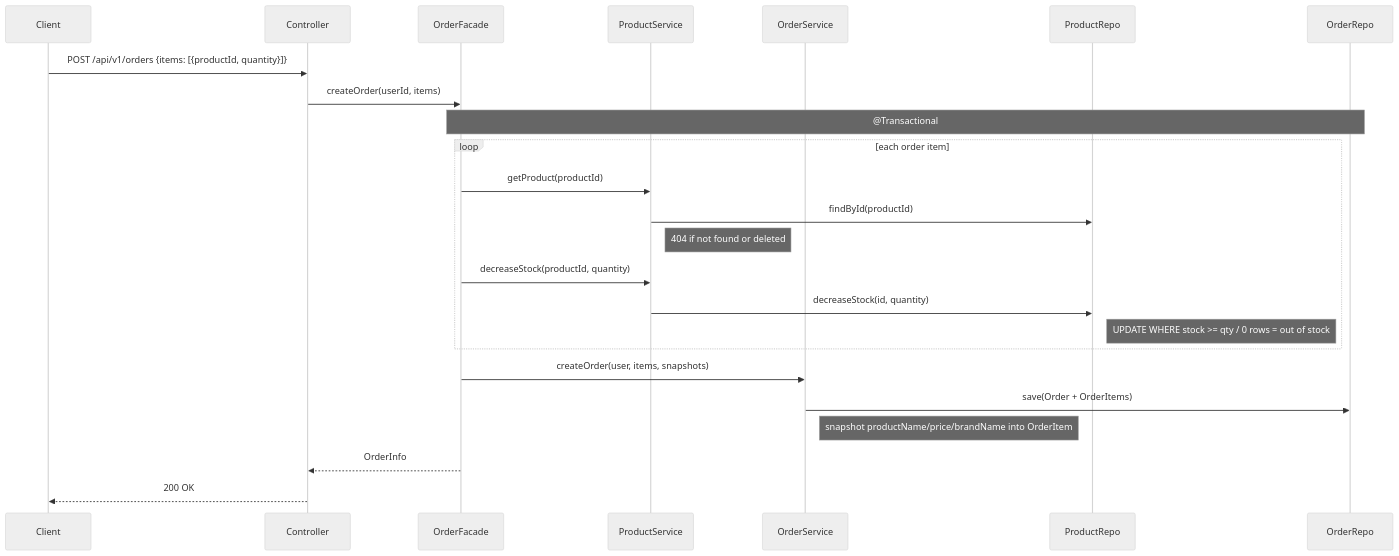
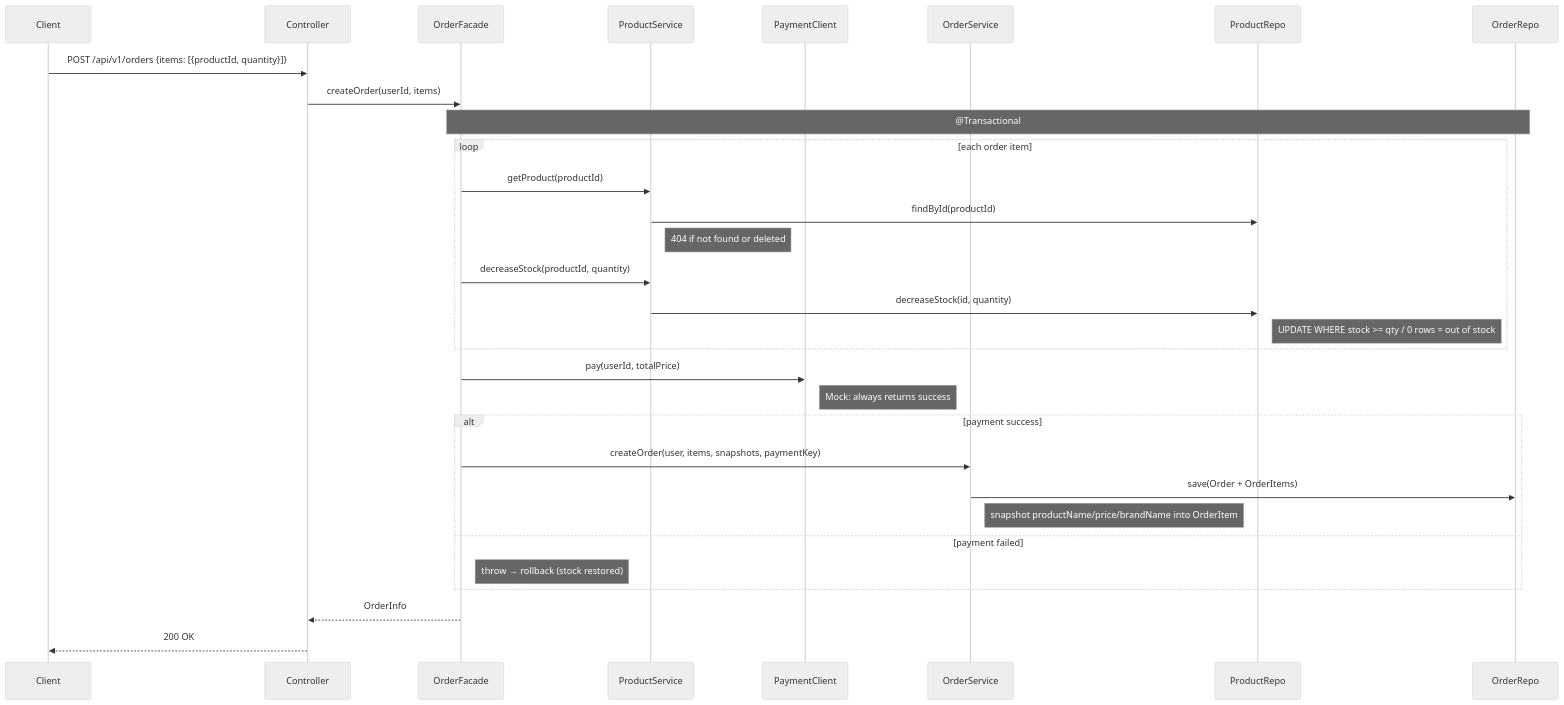
The third of 3 diagrams in docs/design/02-sequence-diagrams.md (da4isy/loop-pack-be-l2-vol4-kotlin), drawn with Mermaid (neutral theme) before and after one commit. The commit also changed other lines of this file and 3 other files, not shown here.

````diff
--- a/docs/design/02-sequence-diagrams.md
+++ b/docs/design/02-sequence-diagrams.md
@@ -97,32 +97,40 @@
 ```mermaid
 sequenceDiagram
     participant Client
     participant Controller
     participant OrderFacade
     participant ProductService
+    participant PaymentClient
     participant OrderService
     participant ProductRepo
     participant OrderRepo
 
     Client->>Controller: POST /api/v1/orders {items: [{productId, quantity}]}
     Controller->>OrderFacade: createOrder(userId, items)
 
     Note over OrderFacade,OrderRepo: @Transactional
 
     loop each order item
         OrderFacade->>ProductService: getProduct(productId)
         ProductService->>ProductRepo: findById(productId)
         Note right of ProductService: 404 if not found or deleted
 
         OrderFacade->>ProductService: decreaseStock(productId, quantity)
         ProductService->>ProductRepo: decreaseStock(id, quantity)
         Note right of ProductRepo: UPDATE WHERE stock >= qty / 0 rows = out of stock
     end
 
-    OrderFacade->>OrderService: createOrder(user, items, snapshots)
-    OrderService->>OrderRepo: save(Order + OrderItems)
-    Note right of OrderService: snapshot productName/price/brandName into OrderItem
+    OrderFacade->>PaymentClient: pay(userId, totalPrice)
+    Note right of PaymentClient: Mock: always returns success
+
+    alt payment success
+        OrderFacade->>OrderService: createOrder(user, items, snapshots, paymentKey)
+        OrderService->>OrderRepo: save(Order + OrderItems)
+        Note right of OrderService: snapshot productName/price/brandName into OrderItem
+    else payment failed
+        Note right of OrderFacade: throw → rollback (stock restored)
+    end
 
     OrderFacade-->>Controller: OrderInfo
     Controller-->>Client: 200 OK
 ```
````
